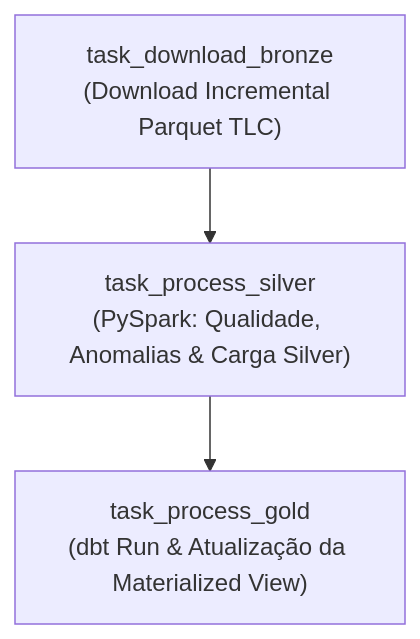
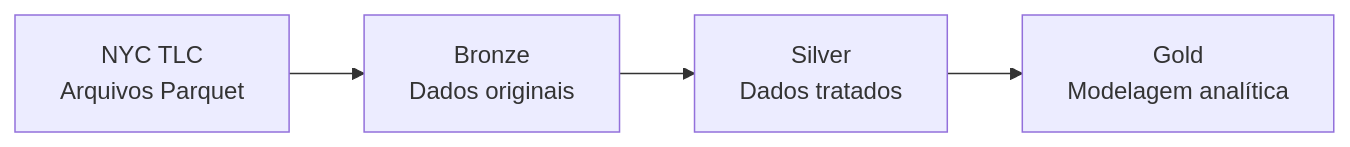
One commit to mateusdevmelo/urban-mobility-pipeline changed the first of 2 diagrams in README.md. Above: the diagram before and after it, drawn with Mermaid. The commit also changed other lines of this file and 1 other file, not shown here.

````diff
--- a/README.md
+++ b/README.md
@@ -150,8 +11,11 @@
 ```mermaid
-flowchart TD
-    T1["task_download_bronze<br/>(Download Incremental Parquet TLC)"]
-    T2["task_process_silver<br/>(PySpark: Qualidade, Anomalias & Carga Silver)"]
-    T3["task_process_gold<br/>(dbt Run & Atualização da Materialized View)"]
+flowchart LR
+    TLC["NYC TLC<br/>Arquivos Parquet"]
+    Bronze["Bronze<br/>Dados originais"]
+    Silver["Silver<br/>Dados tratados"]
+    Gold["Gold<br/>Modelagem analítica"]
 
-    T1 --> T2 --> T3
+    TLC --> Bronze
+    Bronze --> Silver
+    Silver --> Gold
 ```
````
